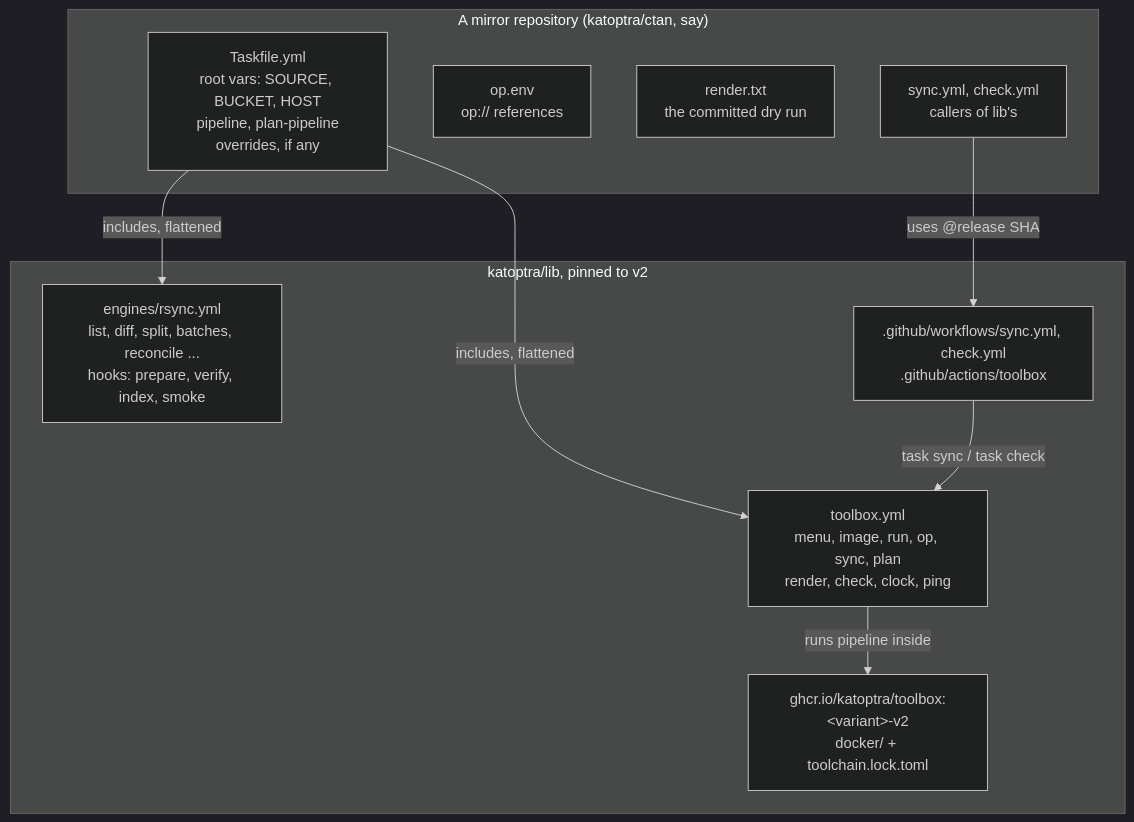
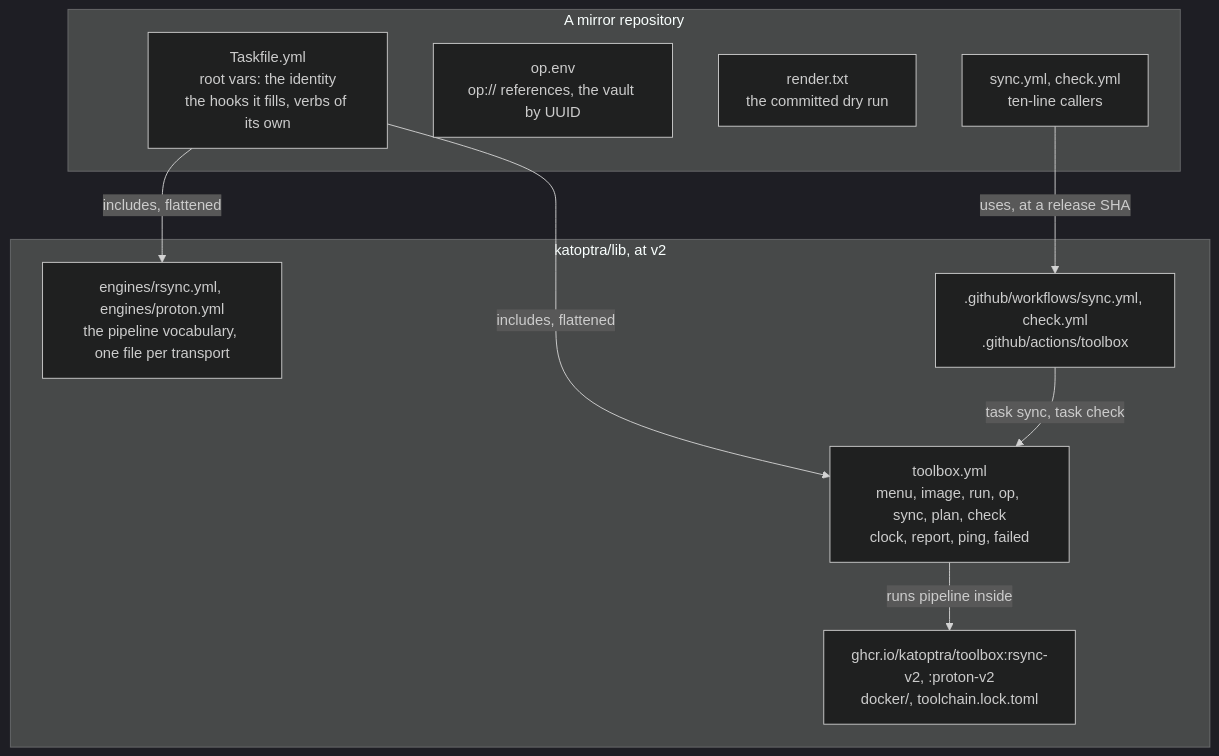
The second of 12 diagrams in README.md (katoptra/lib), drawn with Mermaid (dark theme) before and after one commit. The commit also changed other lines of this file and 2 other files, not shown here.

````diff
--- a/README.md
+++ b/README.md
@@ -15,20 +49,20 @@
 ```mermaid
 flowchart TB
-  subgraph mirror["A mirror repository (katoptra/ctan, say)"]
-    tf["Taskfile.yml<br/>root vars: SOURCE, BUCKET, HOST<br/>pipeline, plan-pipeline<br/>overrides, if any"]
-    opv["op.env<br/>op:// references"]
+  subgraph mirror["A mirror repository"]
+    tf["Taskfile.yml<br/>root vars: the identity<br/>the hooks it fills, verbs of its own"]
+    opv["op.env<br/>op:// references, the vault by UUID"]
     rt["render.txt<br/>the committed dry run"]
-    cw["sync.yml, check.yml<br/>callers of lib's"]
+    cw["sync.yml, check.yml<br/>ten-line callers"]
   end
-  subgraph lib["katoptra/lib, pinned to v2"]
-    tb["toolbox.yml<br/>menu, image, run, op, sync, plan<br/>render, check, clock, ping"]
-    en["engines/rsync.yml<br/>list, diff, split, batches, reconcile ...<br/>hooks: prepare, verify, index, smoke"]
-    im["ghcr.io/katoptra/toolbox:&lt;variant&gt;-v2<br/>docker/ + toolchain.lock.toml"]
+  subgraph lib["katoptra/lib, at v2"]
+    tb["toolbox.yml<br/>menu, image, run, op, sync, plan, check<br/>clock, report, ping, failed"]
+    en["engines/rsync.yml, engines/proton.yml<br/>the pipeline vocabulary, one file per transport"]
+    im["ghcr.io/katoptra/toolbox:rsync-v2, :proton-v2<br/>docker/, toolchain.lock.toml"]
     wf[".github/workflows/sync.yml, check.yml<br/>.github/actions/toolbox"]
   end
   tf -- "includes, flattened" --> tb
   tf -- "includes, flattened" --> en
   tb -- "runs pipeline inside" --> im
-  cw -- "uses @release SHA" --> wf
-  wf -- "task sync / task check" --> tb
+  cw -- "uses, at a release SHA" --> wf
+  wf -- "task sync, task check" --> tb
 ```
````
